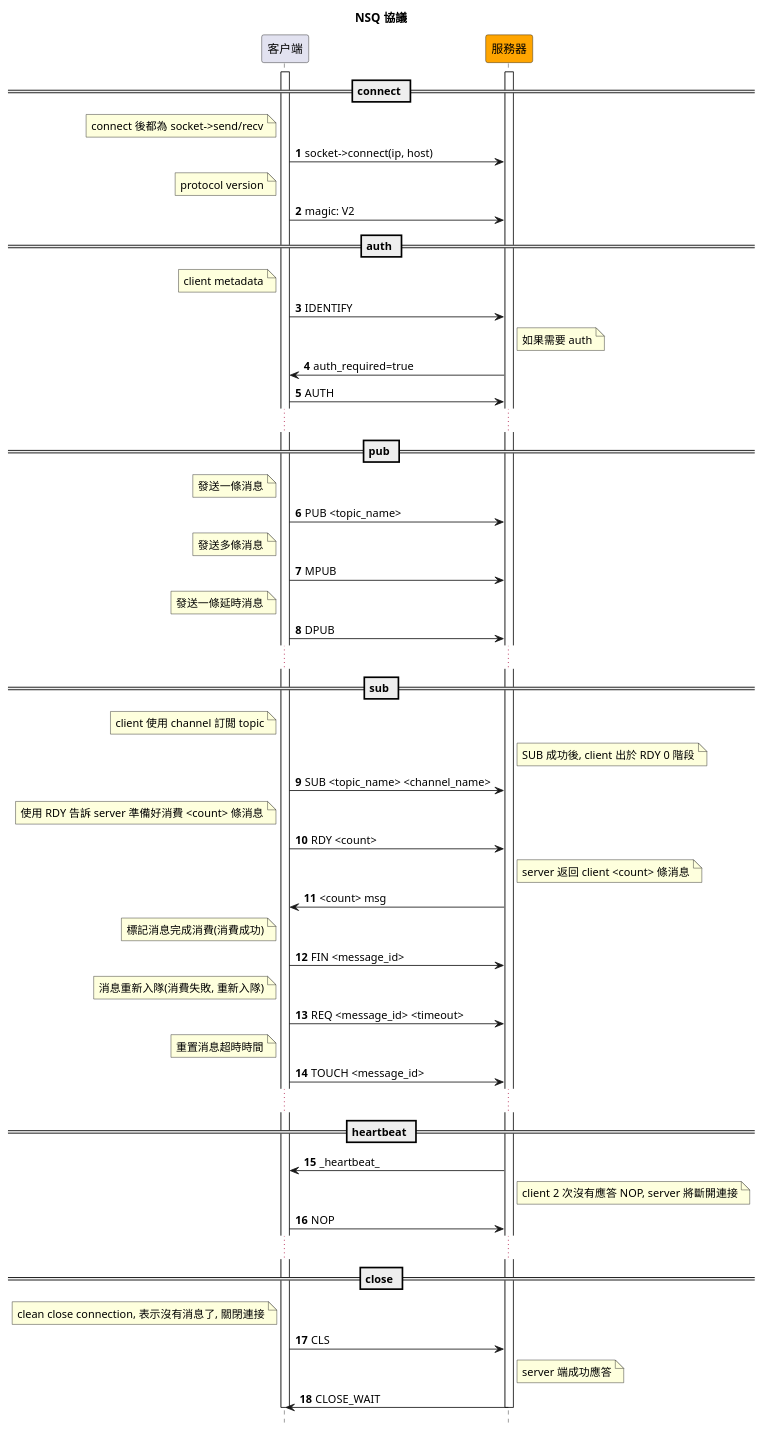
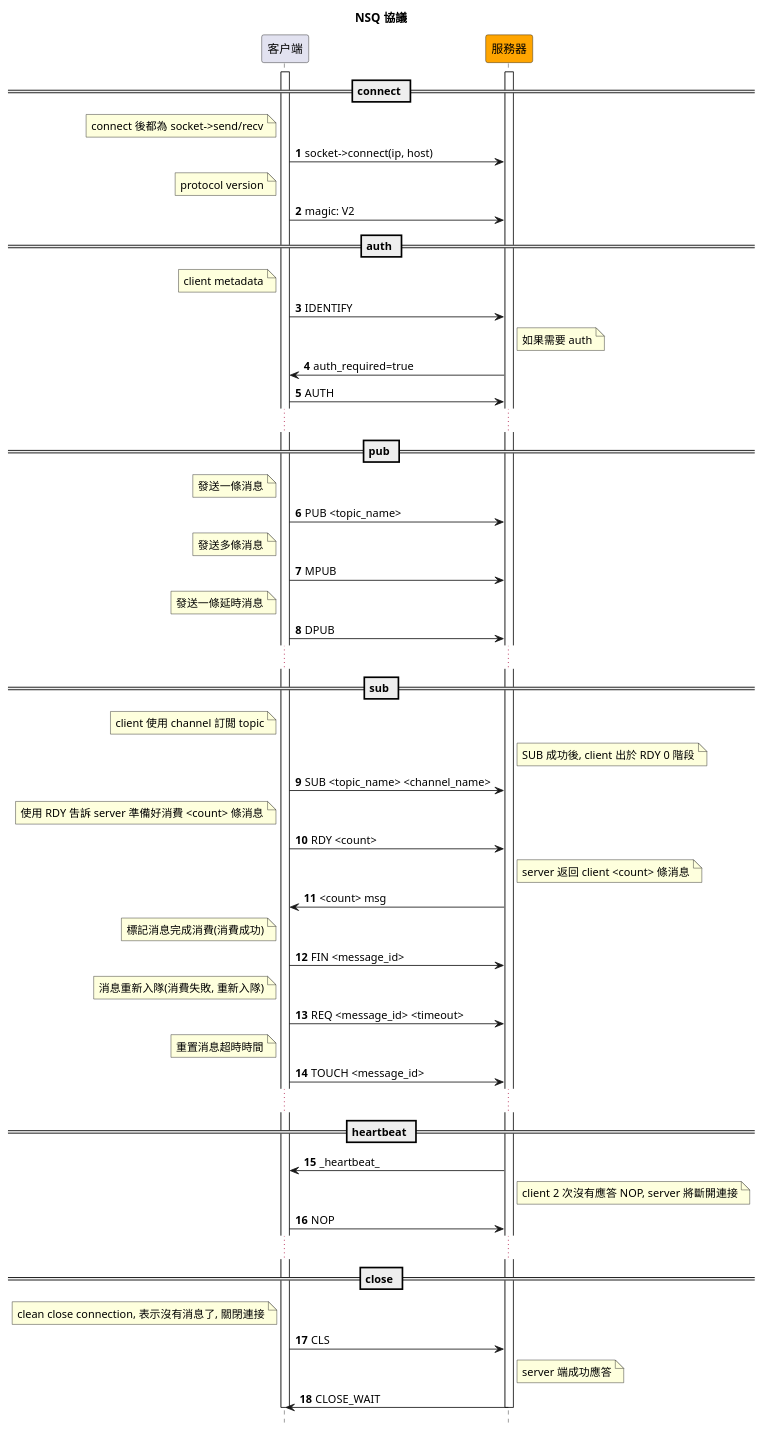
The second of 2 diagrams in doc/zh-hk/nsq.md (hyperf/hyperf), drawn with PlantUML before and after one commit. The commit also changed 16 other files, not shown here.

````diff
--- a/doc/zh-hk/nsq.md
+++ b/doc/zh-hk/nsq.md
@@ -293,69 +293,69 @@
 ```plantuml
 @startuml
 
 autonumber
 hide footbox
 title **NSQ 協議**
 
 participant "客户端" as client
 participant "服務器" as server #orange
 
 activate client
 activate server
 
 == connect ==
 note left of client: connect 後都為 socket->send/recv
 client -> server: socket->connect(ip, host)
 note left of client: protocol version
 client->server: magic: V2
 
 == auth ==
 note left of client: client metadata
 client->server: IDENTIFY
 note right of server: 如果需要 auth
 server->client: auth_required=true
 client->server: AUTH
 ...
 
 == pub ==
 note left of client: 發送一條消息
 client -> server: PUB <topic_name>
 note left of client: 發送多條消息
 client -> server: MPUB
 note left of client: 發送一條延時消息
 client -> server: DPUB
 ...
 
 == sub ==
 note left of client: client 使用 channel 訂閲 topic
 note right of server: SUB 成功後, client 出於 RDY 0 階段
 client -> server: SUB <topic_name> <channel_name>
-note left of client: 使用 RDY 告訴 server 準備好消費 <count> 條消息
+note left of client: 使用 RDY 吿訴 server 準備好消費 <count> 條消息
 client -> server: RDY <count>
 note right of server: server 返回 client <count> 條消息
 server -> client: <count> msg
 note left of client: 標記消息完成消費(消費成功)
 client -> server: FIN <message_id>
 note left of client: 消息重新入隊(消費失敗, 重新入隊)
 client -> server: REQ <message_id> <timeout>
 note left of client: 重置消息超時時間
 client -> server: TOUCH <message_id>
 ...
 
 == heartbeat ==
 server -> client: _heartbeat_
 note right of server: client 2 次沒有應答 NOP, server 將斷開連接
 client -> server: NOP
 ...
 
 == close ==
 note left of client: clean close connection, 表示沒有消息了, 關閉連接
 client -> server: CLS
 note right of server: server 端成功應答
 server -> client: CLOSE_WAIT
 
 deactivate client
 deactivate server
 
 @enduml
 ```
````
